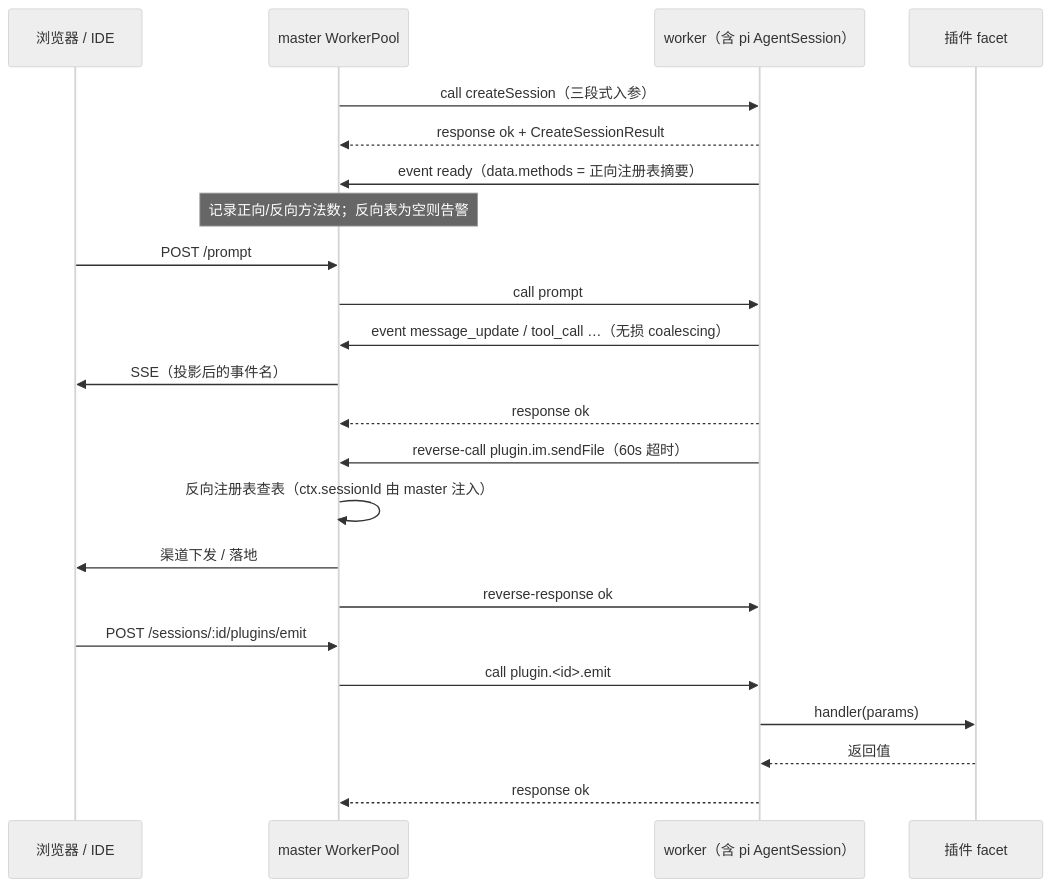
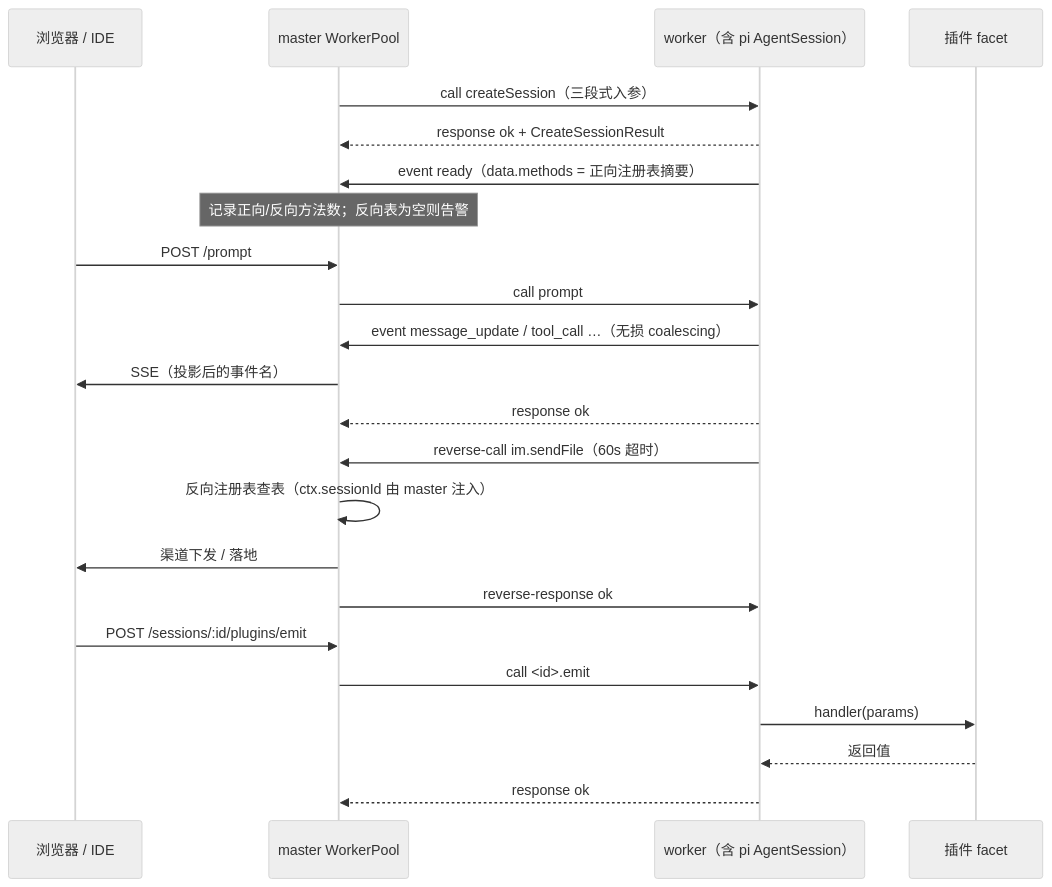
One commit to shinexsf/pi-agent-platform changed the diagram in doc/architecture/pi-agent-server_ipc.md. Above: the diagram before and after it, drawn with Mermaid (neutral theme). The commit also changed other lines of this file and 20 other files, not shown here.

````diff
--- a/doc/architecture/pi-agent-server_ipc.md
+++ b/doc/architecture/pi-agent-server_ipc.md
@@ -203,29 +214,29 @@
 ```mermaid
 sequenceDiagram
     participant B as 浏览器 / IDE
     participant M as master WorkerPool
     participant W as worker（含 pi AgentSession）
     participant P as 插件 facet
 
     M->>W: call createSession（三段式入参）
     W-->>M: response ok + CreateSessionResult
     W->>M: event ready（data.methods = 正向注册表摘要）
     Note over M: 记录正向/反向方法数；反向表为空则告警
 
     B->>M: POST /prompt
     M->>W: call prompt
     W->>M: event message_update / tool_call …（无损 coalescing）
     M->>B: SSE（投影后的事件名）
     W-->>M: response ok
 
-    W->>M: reverse-call plugin.im.sendFile（60s 超时）
+    W->>M: reverse-call im.sendFile（60s 超时）
     M->>M: 反向注册表查表（ctx.sessionId 由 master 注入）
     M->>B: 渠道下发 / 落地
     M->>W: reverse-response ok
 
     B->>M: POST /sessions/:id/plugins/emit
-    M->>W: call plugin.<id>.emit
+    M->>W: call <id>.emit
     W->>P: handler(params)
     P-->>W: 返回值
     W-->>M: response ok
 ```
````
